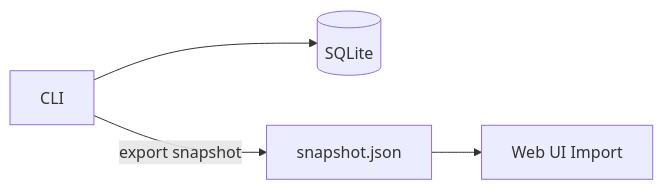
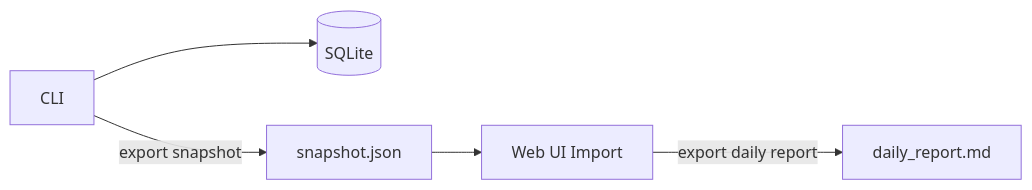
Before and after one commit to TUR1412/HotelManager: the diagram in README.md, drawn with Mermaid. The commit also changed other lines of this file and 11 other files, not shown here.

Commit message:
feat(web-ui): theme, report export, toast & data refresh

````diff
--- a/README.md
+++ b/README.md
@@ -184,6 +197,7 @@
 ```mermaid
 flowchart LR
   CLI[CLI] --> DB[(SQLite)]
   CLI -->|export snapshot| JSON[snapshot.json]
   JSON --> WebUI[Web UI Import]
+  WebUI -->|export daily report| MD[daily_report.md]
 ```
````
